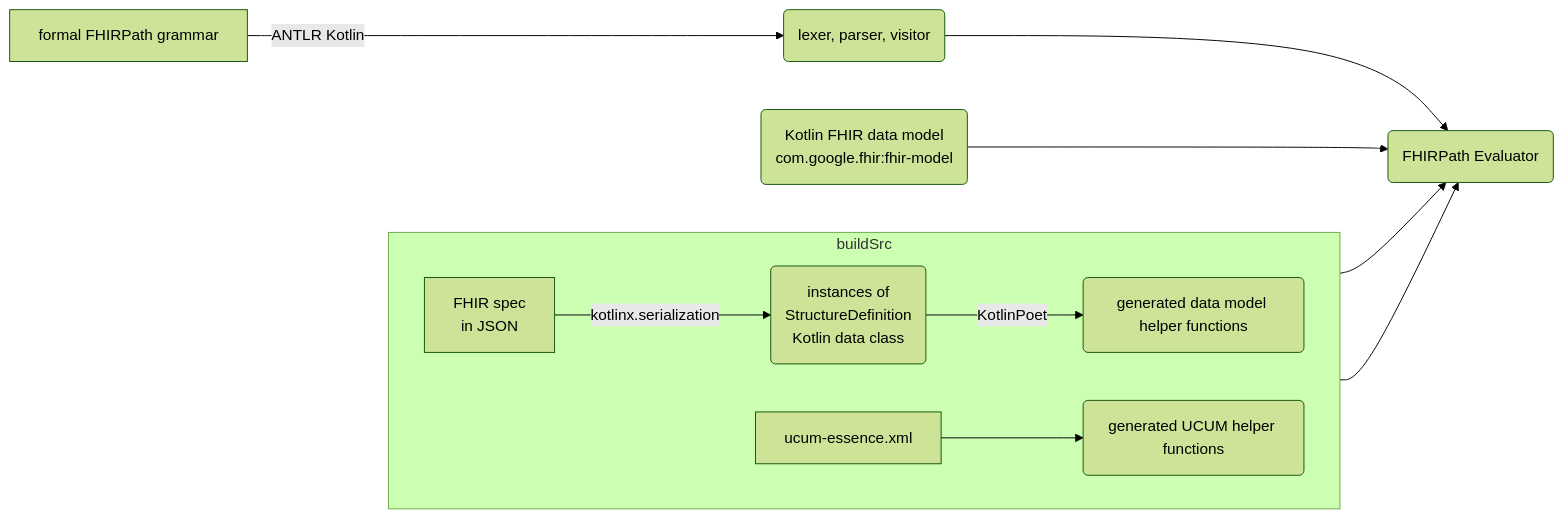
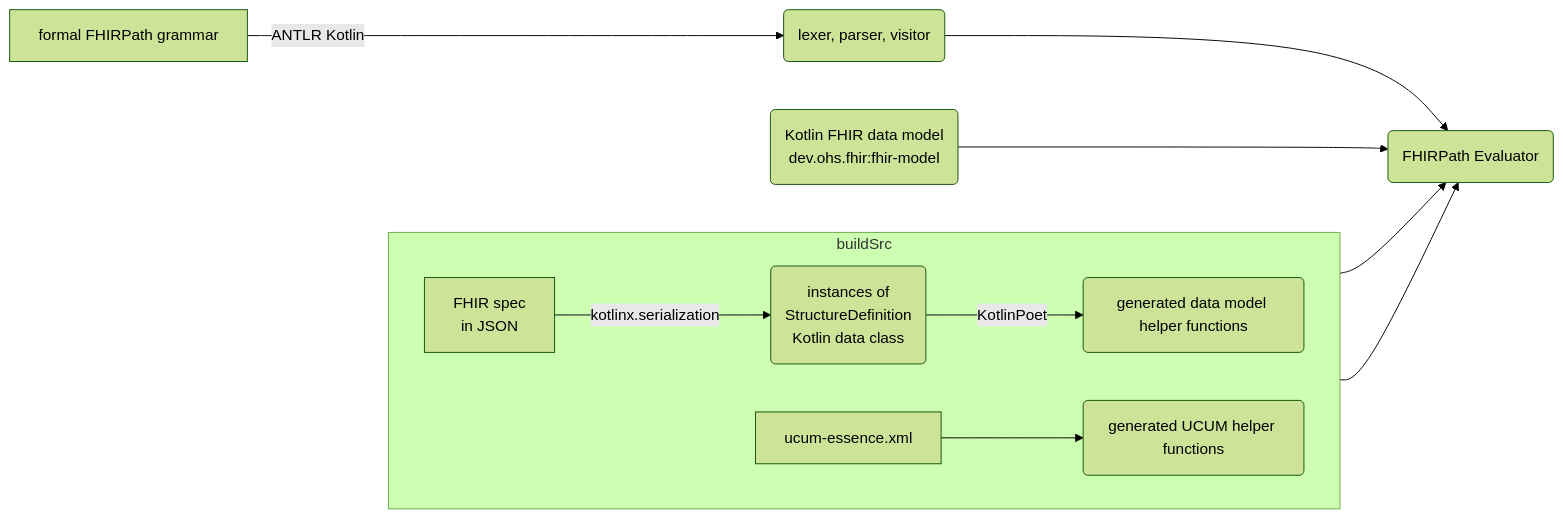
The diagram in README.md (jingtang10/kotlin-fhirpath), drawn with Mermaid (forest theme) before and after one commit. The commit also changed other lines of this file and 20 other files, not shown here.

Commit message:
Update dependency on Kotlin FHIR to 1.0.0-beta03 (#67)

````diff
--- a/README.md
+++ b/README.md
@@ -58,16 +58,16 @@
 ```mermaid
 graph LR
     A[formal FHIRPath grammar] -- ANTLR Kotlin --> B(lexer, parser, visitor)
-    C(Kotlin FHIR data model<br>com.google.fhir:fhir-model)
+    C(Kotlin FHIR data model<br>dev.ohs.fhir:fhir-model)
     subgraph buildSrc
         direction LRTB
         D[FHIR spec<br>in JSON] -- kotlinx.serialization --> E(instances of<br>StructureDefinition<br>Kotlin data class<br>)
         E -- KotlinPoet --> F(generated data model helper functions)
         G[ucum-essence.xml] --> H(generated UCUM helper functions)
 
     end
     B --> I(FHIRPath Evaluator)
     C --> I
     F --> I
     H --> I
 ```
````
